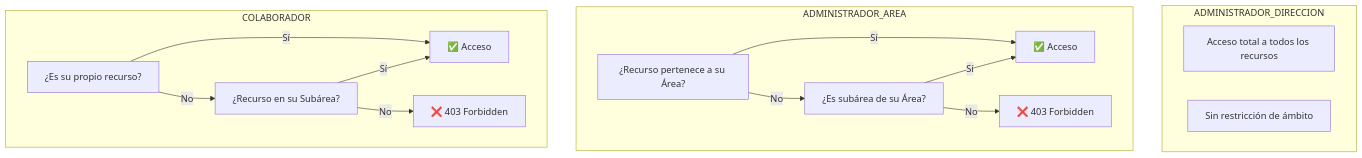
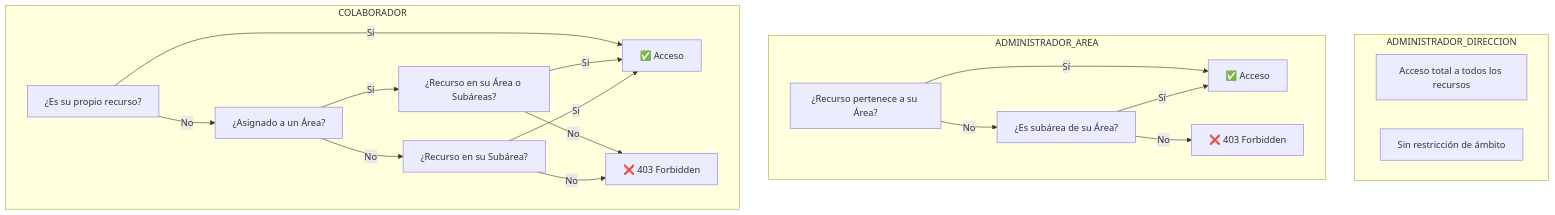
Before and after one commit to sibeuco/DocumentacionSibe: the second of 3 diagrams in docs/artifacts/11.matriz_de_roles_por_operaciones.md, drawn with Mermaid. The commit also changed other lines of this file, not shown here.

````diff
--- a/docs/artifacts/11.matriz_de_roles_por_operaciones.md
+++ b/docs/artifacts/11.matriz_de_roles_por_operaciones.md
@@ -264,23 +254,27 @@
 ```mermaid
 flowchart TD
     subgraph AD["ADMINISTRADOR_DIRECCION"]
         AD1["Acceso total a todos los recursos"]
         AD2["Sin restricción de ámbito"]
     end
 
     subgraph AA["ADMINISTRADOR_AREA"]
         AA1["¿Recurso pertenece a su Área?"]
         AA1 -->|"Sí"| AA2["✅ Acceso"]
         AA1 -->|"No"| AA3["¿Es subárea de su Área?"]
         AA3 -->|"Sí"| AA2
         AA3 -->|"No"| AA4["❌ 403 Forbidden"]
     end
 
     subgraph CO["COLABORADOR"]
         CO1["¿Es su propio recurso?"]
         CO1 -->|"Sí"| CO2["✅ Acceso"]
-        CO1 -->|"No"| CO3["¿Recurso en su Subárea?"]
-        CO3 -->|"Sí"| CO2
-        CO3 -->|"No"| CO4["❌ 403 Forbidden"]
+        CO1 -->|"No"| CO3["¿Asignado a un Área?"]
+        CO3 -->|"Sí"| CO5["¿Recurso en su Área o Subáreas?"]
+        CO5 -->|"Sí"| CO2
+        CO5 -->|"No"| CO4["❌ 403 Forbidden"]
+        CO3 -->|"No"| CO6["¿Recurso en su Subárea?"]
+        CO6 -->|"Sí"| CO2
+        CO6 -->|"No"| CO4
     end
 ```
````
